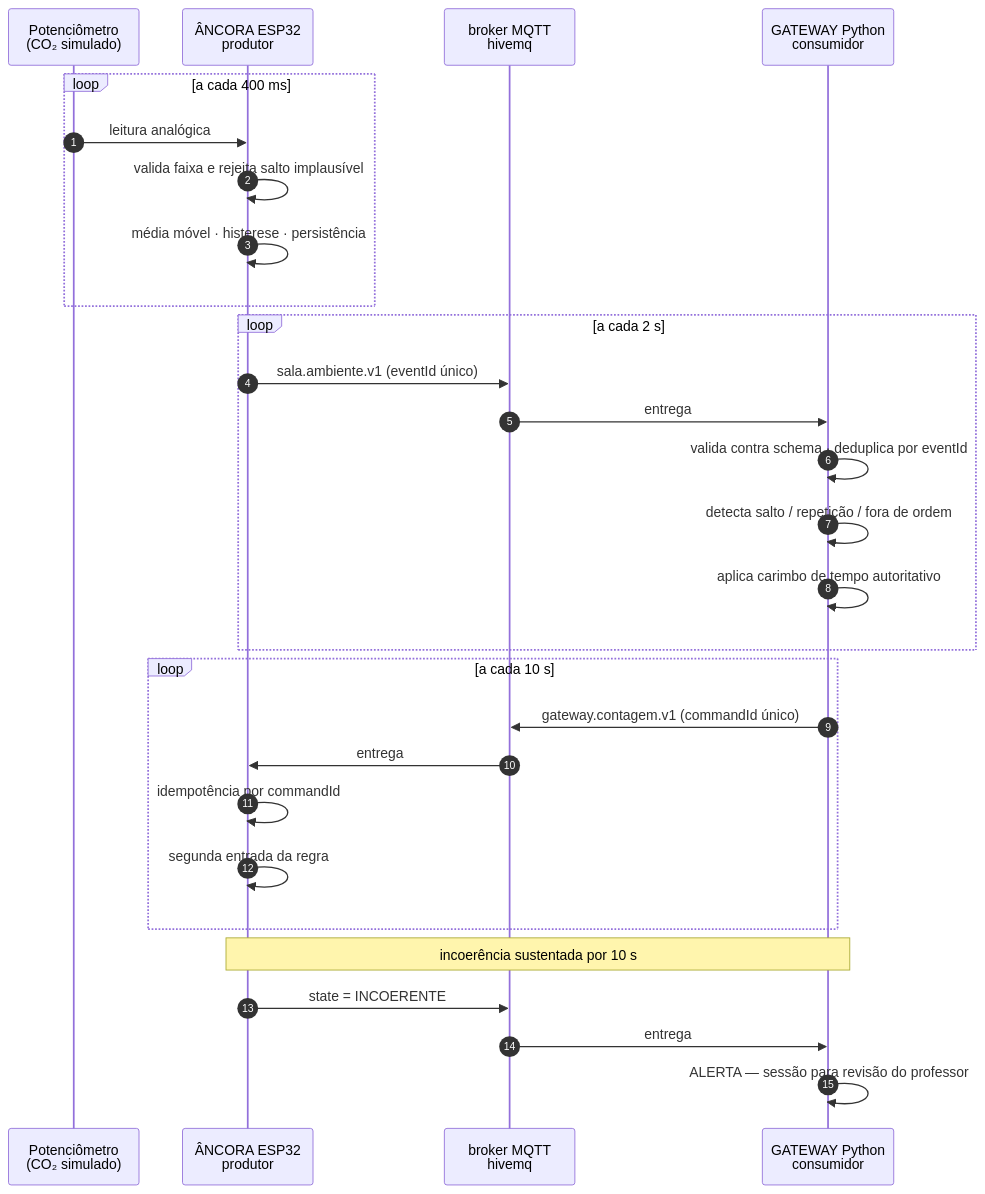
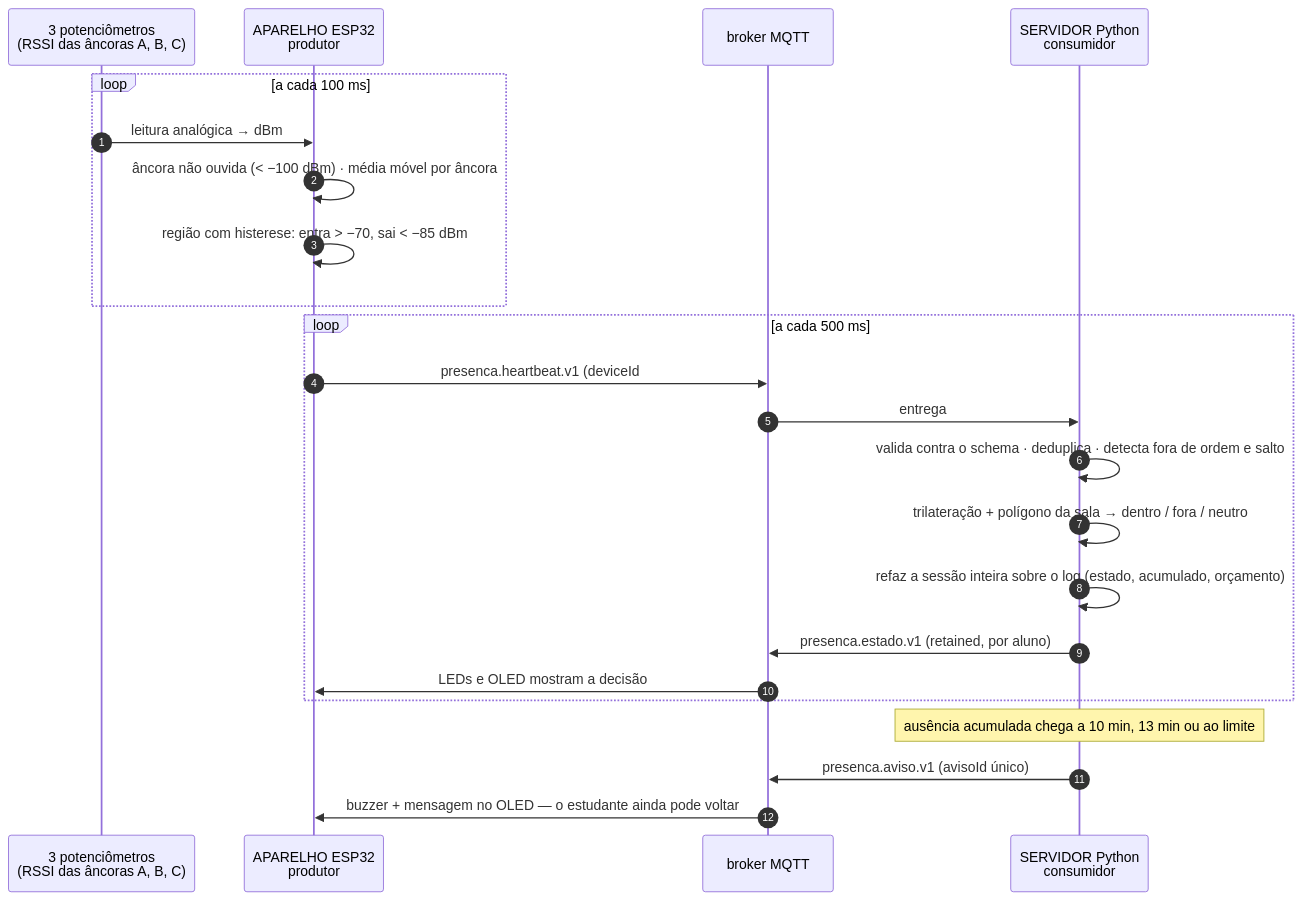
One commit to AlanyLourenco/presenca changed the diagram in marco-02/README.md. Above: the diagram before and after it, drawn with Mermaid. The commit also changed other lines of this file and 57 other files, not shown here.

First line of the commit message:
Implementa a fronteira de presença do Marco 2: aparelho ↔ servidor

````diff
--- a/marco-02/README.md
+++ b/marco-02/README.md
@@ -34,34 +30,28 @@
 ```mermaid
 sequenceDiagram
     autonumber
-    participant P as Potenciômetro<br/>(CO₂ simulado)
-    participant A as ÂNCORA ESP32<br/>produtor
-    participant B as broker MQTT<br/>hivemq
-    participant G as GATEWAY Python<br/>consumidor
+    participant P as 3 potenciômetros<br/>(RSSI das âncoras A, B, C)
+    participant A as APARELHO ESP32<br/>produtor
+    participant B as broker MQTT
+    participant S as SERVIDOR Python<br/>consumidor
 
-    loop a cada 400 ms
-        P->>A: leitura analógica
-        A->>A: valida faixa e rejeita salto implausível
-        A->>A: média móvel · histerese · persistência
+    loop a cada 100 ms
+        P->>A: leitura analógica → dBm
+        A->>A: âncora não ouvida (< −100 dBm) · média móvel por âncora
+        A->>A: região com histerese: entra > −70, sai < −85 dBm
     end
 
-    loop a cada 2 s
-        A->>B: sala.ambiente.v1 (eventId único)
-        B->>G: entrega
-        G->>G: valida contra schema · deduplica por eventId
-        G->>G: detecta salto / repetição / fora de ordem
-        G->>G: aplica carimbo de tempo autoritativo
+    loop a cada 500 ms
+        A->>B: presenca.heartbeat.v1 (deviceId#bootId#seq)
+        B->>S: entrega
+        S->>S: valida contra o schema · deduplica · detecta fora de ordem e salto
+        S->>S: trilateração + polígono da sala → dentro / fora / neutro
+        S->>S: refaz a sessão inteira sobre o log (estado, acumulado, orçamento)
+        S->>B: presenca.estado.v1 (retained, por aluno)
+        B->>A: LEDs e OLED mostram a decisão
     end
 
-    loop a cada 10 s
-        G->>B: gateway.contagem.v1 (commandId único)
-        B->>A: entrega
-        A->>A: idempotência por commandId
-        A->>A: segunda entrada da regra
-    end
-
-    Note over A,G: incoerência sustentada por 10 s
-    A->>B: state = INCOERENTE
-    B->>G: entrega
-    G->>G: ALERTA — sessão para revisão do professor
+    Note over S: ausência acumulada chega a 10 min, 13 min ou ao limite
+    S->>B: presenca.aviso.v1 (avisoId único)
+    B->>A: buzzer + mensagem no OLED — o estudante ainda pode voltar
 ```
````
